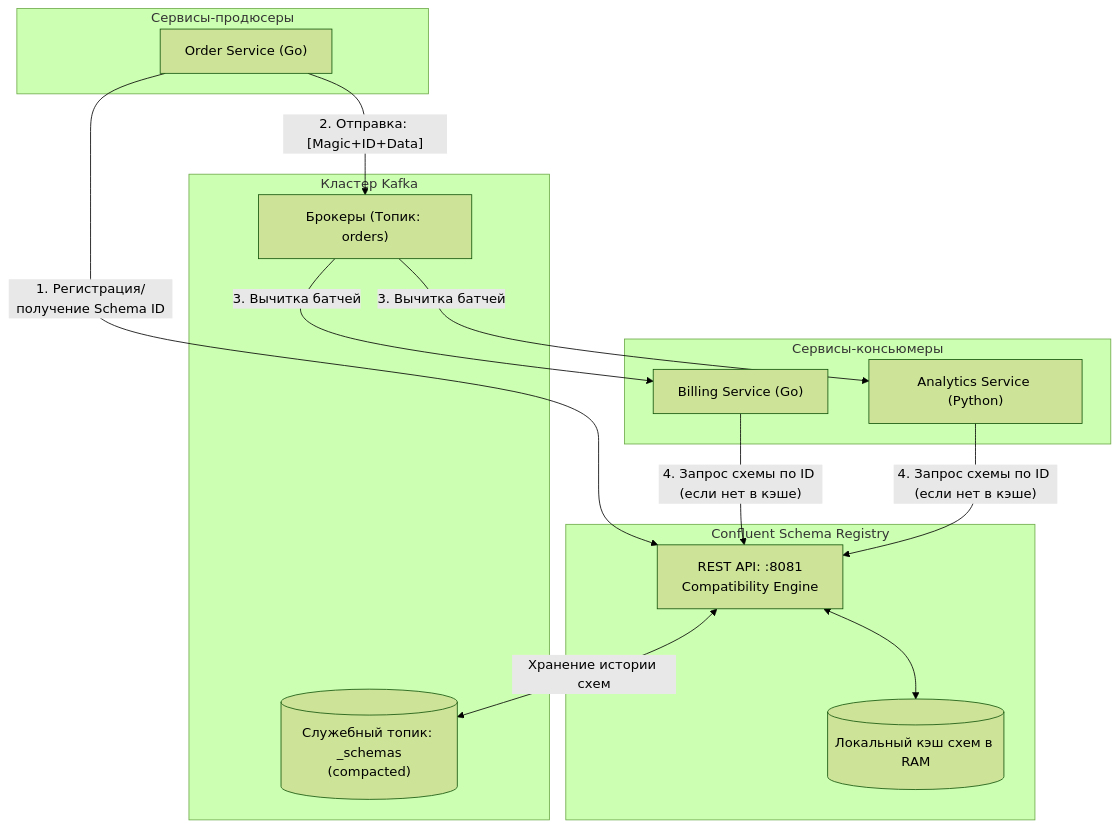
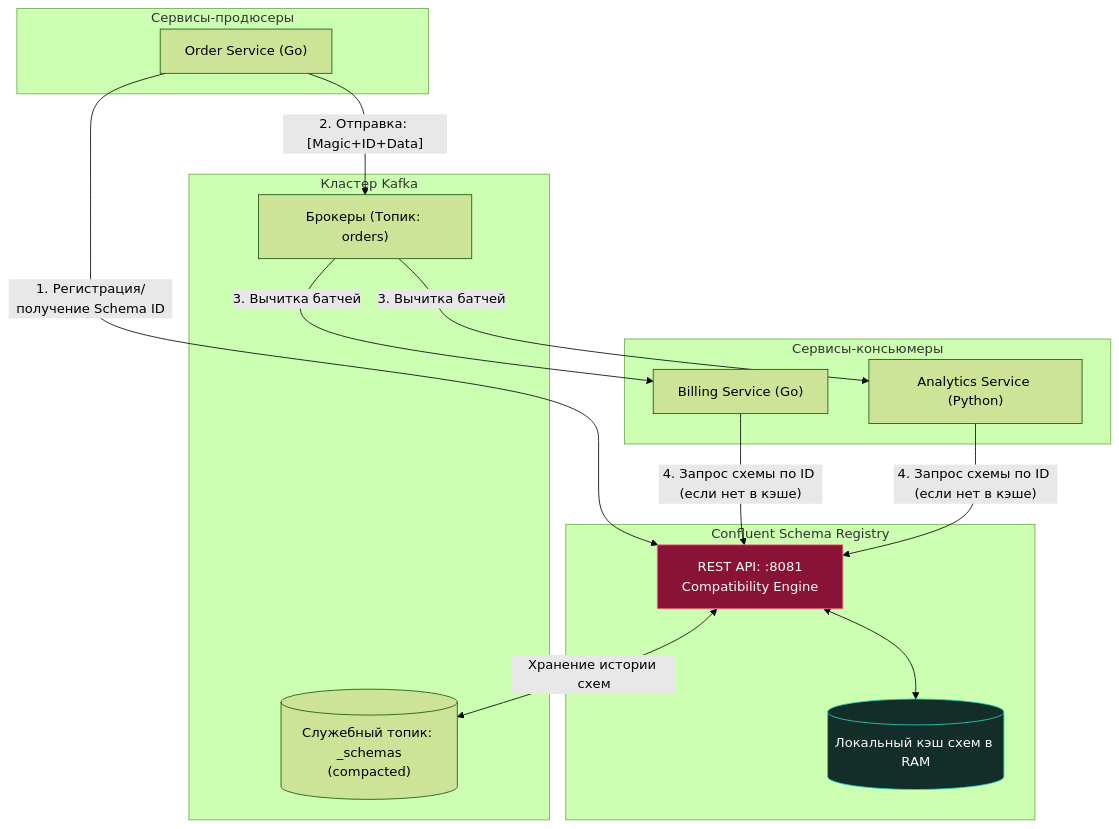
The first of 4 diagrams in sources/13. Очереди, брокеры сообщений и оркестраторы/03. Kafka/11. Schema Registry и эволюция схем.md (UnrealTemplier/go-textbook), drawn with Mermaid (forest theme) before and after one commit. The commit also changed other lines of this file and 1666 other files, not shown here.

First line of the commit message:
feat(mermaid): add semantic color classDef to 1369 colorless flowchart/graph diagrams

````diff
--- a/sources/13. Очереди, брокеры сообщений и оркестраторы/03. Kafka/11. Schema Registry и эволюция схем.md
+++ b/sources/13. Очереди, брокеры сообщений и оркестраторы/03. Kafka/11. Schema Registry и эволюция схем.md
@@ -39,28 +39,38 @@
 ```mermaid
 flowchart TD
+    classDef process  fill:#1e293b,stroke:#38bdf8,stroke-width:1px,color:#f8fafc
+    classDef success  fill:#064e3b,stroke:#34d399,stroke-width:1px,color:#f8fafc
+    classDef error    fill:#7f1d1d,stroke:#f87171,stroke-width:1px,color:#f8fafc
+    classDef warning  fill:#78350f,stroke:#fbbf24,stroke-width:1px,color:#f8fafc
+    classDef entry    fill:#1e3a5f,stroke:#38bdf8,stroke-width:2px,color:#f8fafc
+    classDef aux      fill:#334155,stroke:#64748b,stroke-width:1px,color:#f8fafc
+    classDef system   fill:#312e81,stroke:#a78bfa,stroke-width:1px,color:#f8fafc
+    classDef data     fill:#132d29,stroke:#2dd4bf,stroke-width:1px,color:#f8fafc
+    classDef network  fill:#881337,stroke:#fb7185,stroke-width:1px,color:#f8fafc
+    classDef accent   fill:#1e1b4b,stroke:#818cf8,stroke-width:1px,color:#f8fafc
     subgraph Producers["Сервисы-продюсеры"]
         P1["Order Service (Go)"]
     end
 
     subgraph Registry["Confluent Schema Registry"]
-        SR["REST API: :8081<br>Compatibility Engine"]
-        Cache[("Локальный кэш схем в RAM")]
+        SR["REST API: :8081<br>Compatibility Engine"]:::network
+        Cache[("Локальный кэш схем в RAM")]:::data
         SR <--> Cache
     end
 
     subgraph KafkaCluster["Кластер Kafka"]
         Brokers["Брокеры (Топик: orders)"]
         InternalTopic[("Служебный топик: _schemas<br>(compacted)")]
     end
 
     subgraph Consumers["Сервисы-консьюмеры"]
         C1["Billing Service (Go)"]
         C2["Analytics Service (Python)"]
     end
 
     P1 -->|"1. Регистрация/получение Schema ID"| SR
     P1 -->|"2. Отправка: [Magic+ID+Data]"| Brokers
     Brokers -->|"3. Вычитка батчей"| C1 & C2
     C1 & C2 -->|"4. Запрос схемы по ID (если нет в кэше)"| SR
     SR <-->|"Хранение истории схем"| InternalTopic
 ```
````
